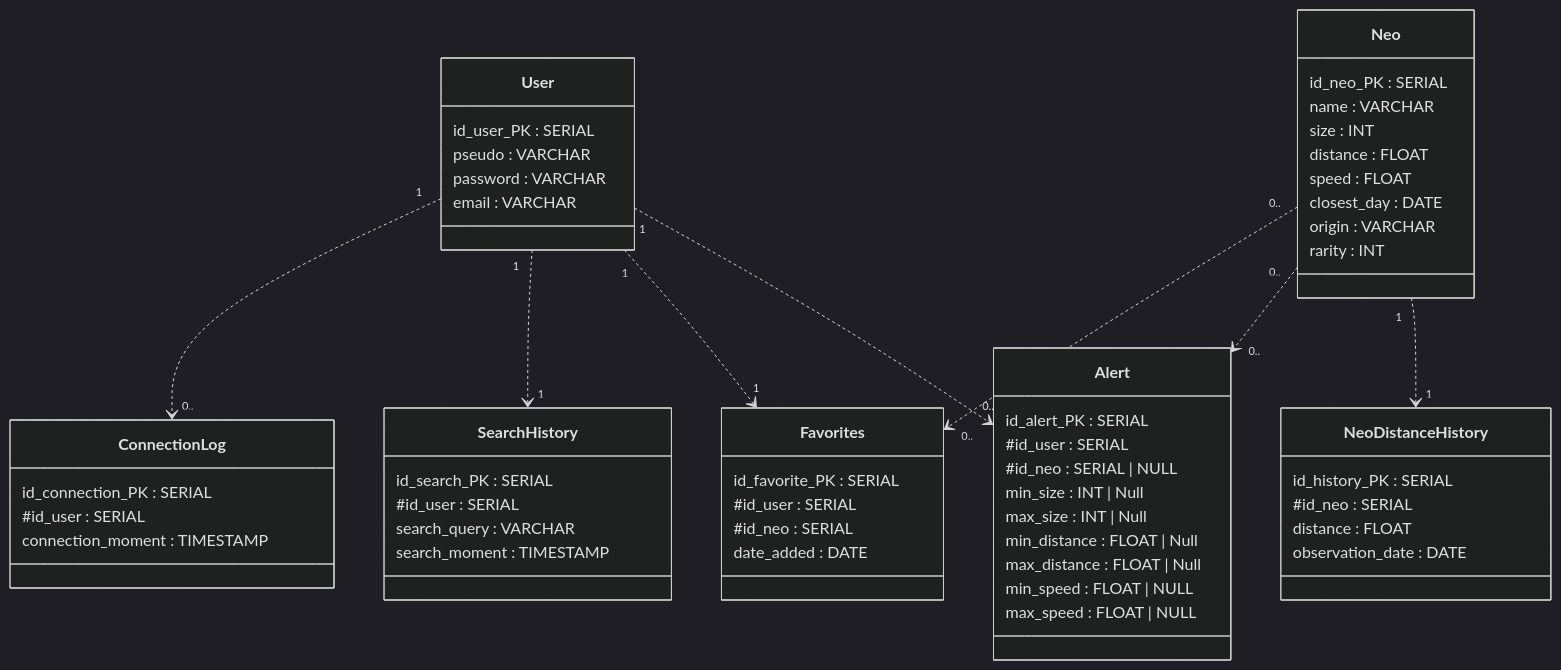
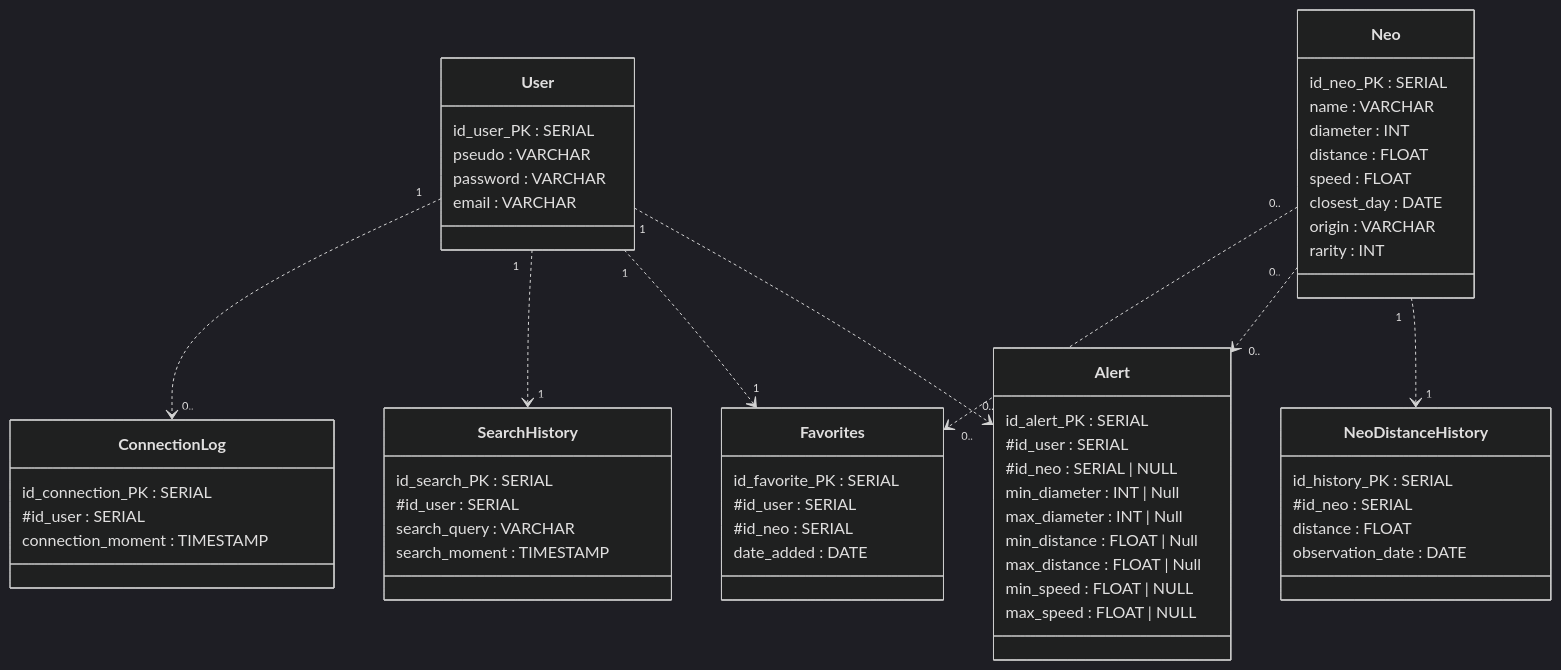
One commit to tristancabre/Projet-info-2A changed the diagram in doc/data_model.md. Above: the diagram before and after it, drawn with Mermaid (dark theme). The commit also changed 33 other files, not shown here.

Commit message:
change size by diameter

````diff
--- a/doc/data_model.md
+++ b/doc/data_model.md
@@ -16,72 +16,72 @@
 ```mermaid
 classDiagram
     %% Business objects
 
     class User {
         id_user_PK : SERIAL
         pseudo : VARCHAR
         password : VARCHAR
         email : VARCHAR
     }
 
     class Neo{
         id_neo_PK : SERIAL
         name : VARCHAR
-        size : INT
+        diameter : INT
         distance : FLOAT
         speed : FLOAT
         closest_day : DATE
         origin : VARCHAR
         rarity : INT
     }
 
     class Alert {
         id_alert_PK : SERIAL
         #id_user : SERIAL
         #id_neo : SERIAL | NULL
-        min_size : INT | Null
-        max_size : INT | Null
+        min_diameter : INT | Null
+        max_diameter : INT | Null
         min_distance : FLOAT | Null
         max_distance : FLOAT | Null
         min_speed : FLOAT | NULL
         max_speed : FLOAT | NULL
     }
 
     class Favorites {
         id_favorite_PK : SERIAL
         #id_user : SERIAL
         #id_neo : SERIAL
         date_added : DATE
     }
 
     class ConnectionLog {
         id_connection_PK : SERIAL
         #id_user : SERIAL
         connection_moment : TIMESTAMP
     }
 
     class SearchHistory {
         id_search_PK : SERIAL
         #id_user : SERIAL
         search_query : VARCHAR
         search_moment : TIMESTAMP
     }
 
     class NeoDistanceHistory {
         id_history_PK : SERIAL
         #id_neo : SERIAL
         distance : FLOAT
         observation_date : DATE
     }
 
 
     %% Relationships
     Neo "0.." ..> "0.." Favorites
     Neo "0.." ..> "0.." Alert
     Neo "1" ..> "1" NeoDistanceHistory
     User "1" ..> "0.." ConnectionLog
     User "1" ..> "1" SearchHistory
     User "1" ..> "1" Favorites
     User "1" ..> "0.." Alert
 
 ```
````
